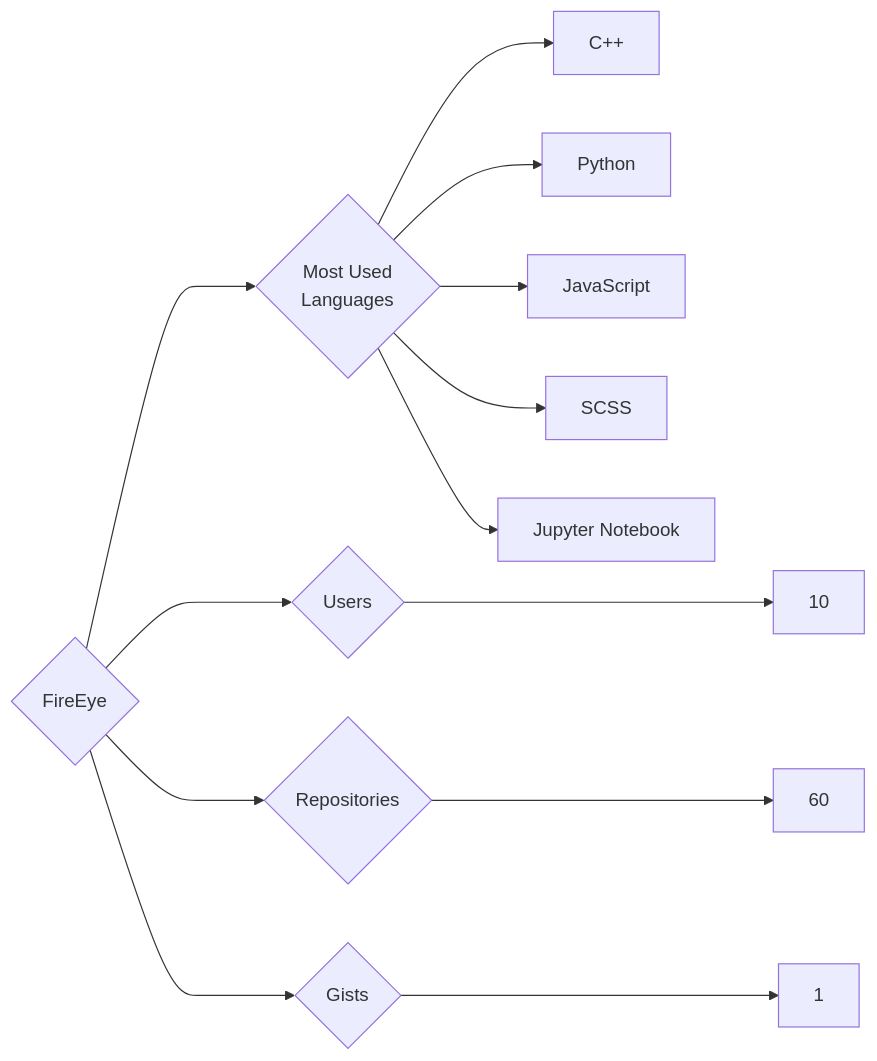
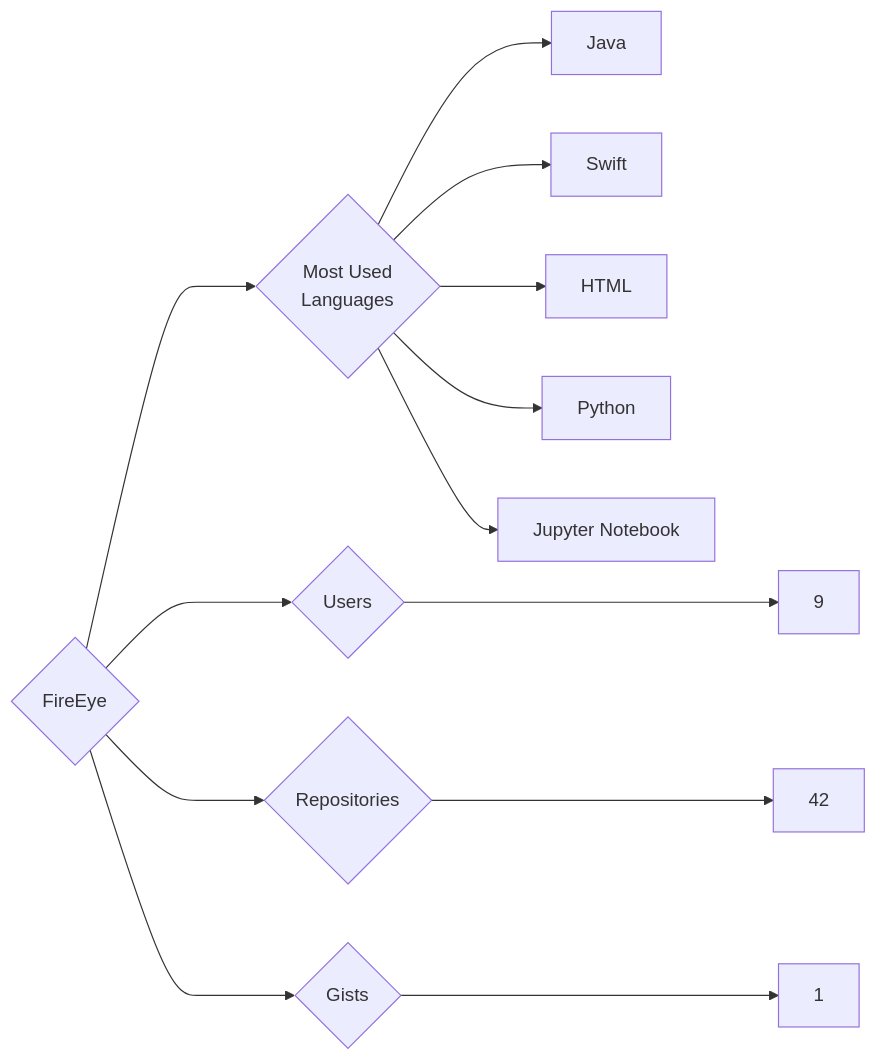
Before and after one commit to trickest/insiders: the diagram in targets/FireEye/README.md, drawn with Mermaid. The commit also changed 688 other files, not shown here.

````diff
--- a/targets/FireEye/README.md
+++ b/targets/FireEye/README.md
@@ -3,13 +3,13 @@
 ```mermaid
 graph LR
 COMPANY_NAME{FireEye}
-COMPANY_NAME ---> U{Users} ---> UN[10]
-COMPANY_NAME ---> R{Repositories} ---> RN[60]
+COMPANY_NAME ---> U{Users} ---> UN[9]
+COMPANY_NAME ---> R{Repositories} ---> RN[42]
 COMPANY_NAME ---> G{Gists} ---> GN[1]
 COMPANY_NAME ---> ML{Most Used<br>Languages}
-ML --> C++[C++]
+ML --> Java[Java]
+ML --> Swift[Swift]
+ML --> HTML[HTML]
 ML --> Python[Python]
-ML --> JavaScript[JavaScript]
-ML --> SCSS[SCSS]
 ML --> Jupyter_Notebook[Jupyter Notebook]
 ```
````
